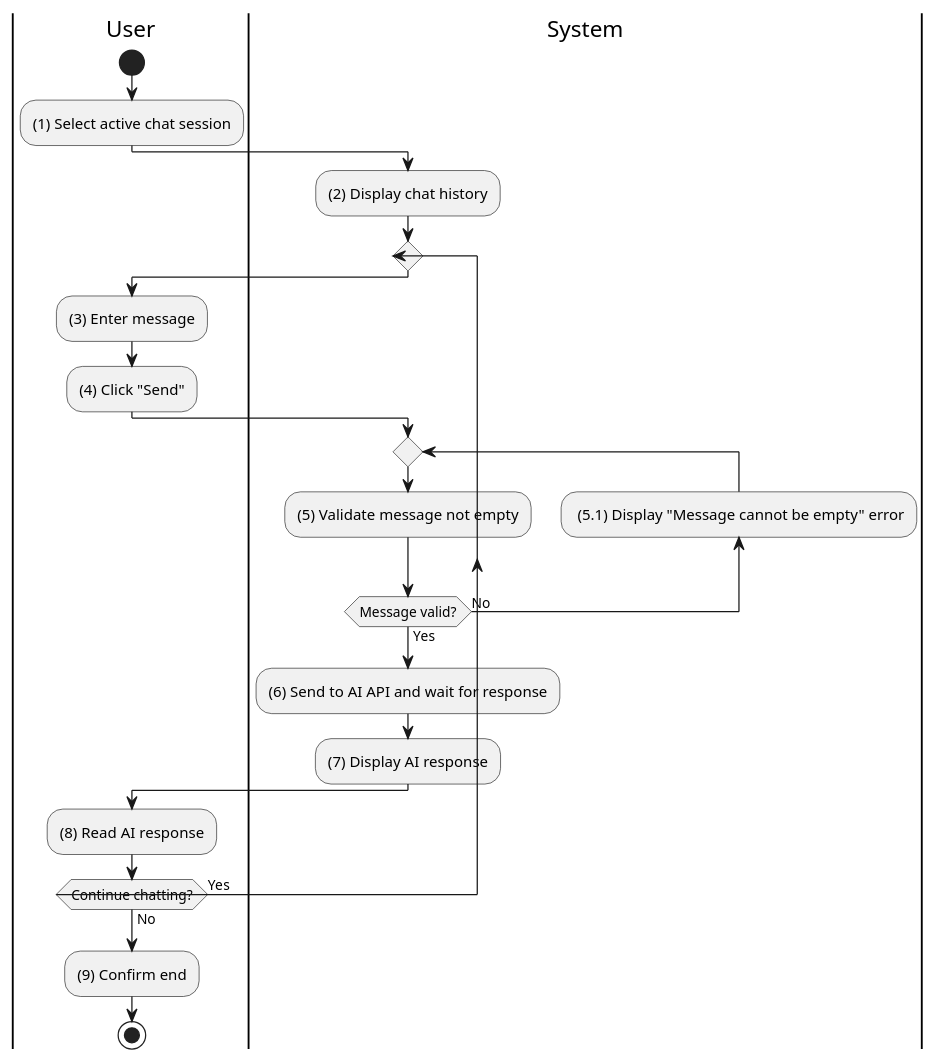
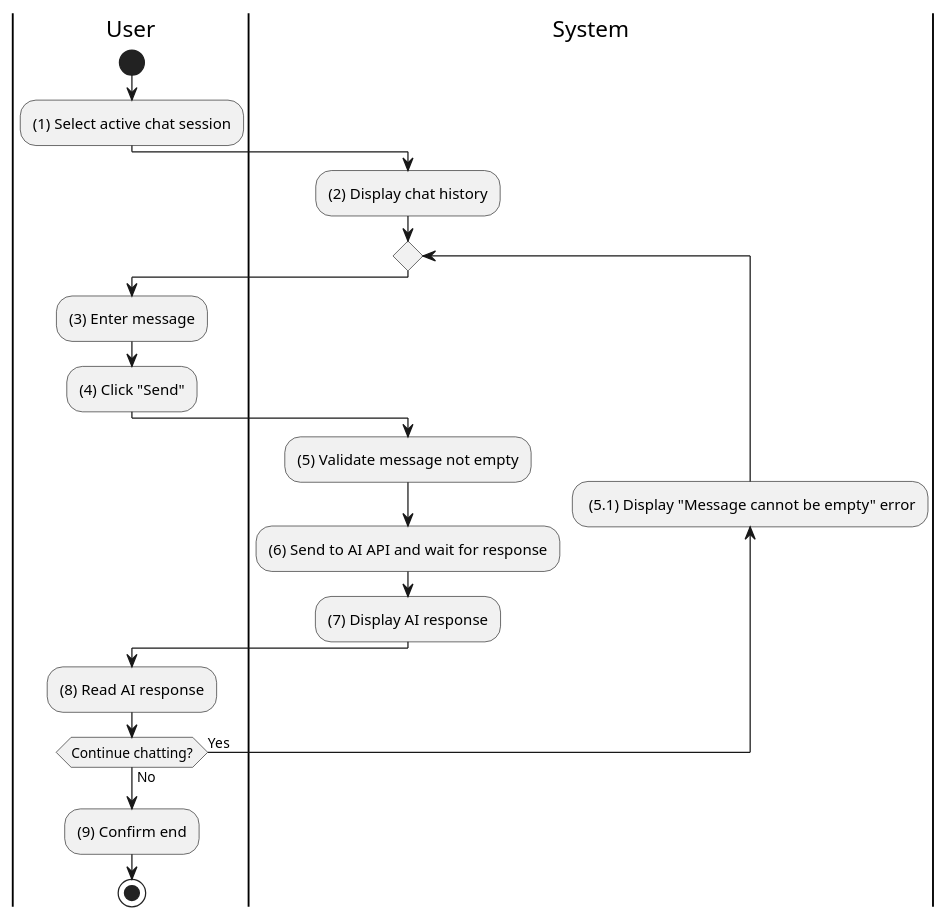
Before and after one commit to taskpilot-platform/taskpilot-platform.github.io: the diagram in docs/docs/activity/ai-assistant/chat-with-ai.md, drawn with PlantUML.

Commit message:
fix: simplify chat-with-ai activity diagram to remove nested repeat loop
Agent-Logs-Url: https://github.com/taskpilot-platform/taskpilot-platform.github.io/sessions/56573430-816a-4cfd-b488-2e30aecb98a2

````diff
--- a/docs/docs/activity/ai-assistant/chat-with-ai.md
+++ b/docs/docs/activity/ai-assistant/chat-with-ai.md
@@ -3,33 +3,31 @@
 ```plantuml
 @startuml
 |U|User
 |S|System
 
 |U|
 start
 :(1) Select active chat session;
 
 |S|
 :(2) Display chat history;
 
 repeat
   |U|
   :(3) Enter message;
   :(4) Click "Send";
 
   |S|
-  repeat
-    :(5) Validate message not empty;
-    backward: (5.1) Display "Message cannot be empty" error;
-  repeat while (Message valid?) is (No) not (Yes)
+  :(5) Validate message not empty;
+  backward: (5.1) Display "Message cannot be empty" error;
   :(6) Send to AI API and wait for response;
   :(7) Display AI response;
   |U|
   :(8) Read AI response;
 repeat while (Continue chatting?) is (Yes) not (No)
 
 :(9) Confirm end;
 
 stop
 @enduml
 ```
````
